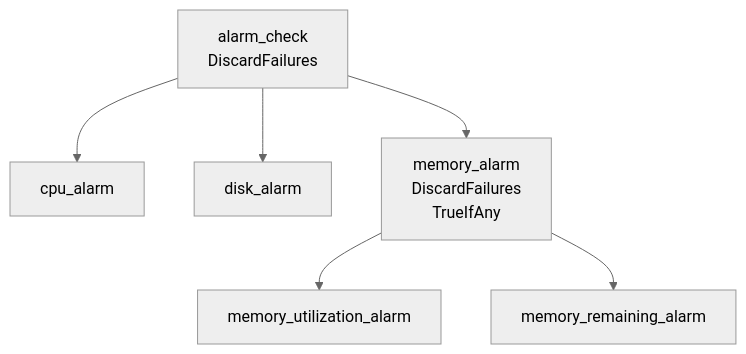
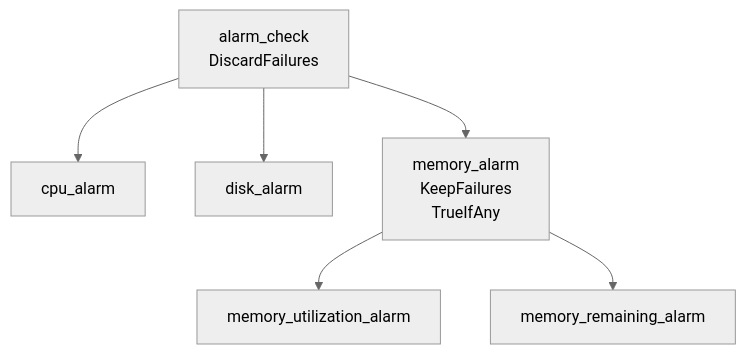
One commit to ezachrisen/indigo changed the fourth of 4 diagrams in guide.md. Above: the diagram before and after it, drawn with Mermaid (neutral theme). The commit also changed other lines of this file, not shown here.

````diff
--- a/guide.md
+++ b/guide.md
@@ -1937,9 +1937,9 @@
 ```mermaid
 graph TD;
 
 alarm_check[alarm_check<br>DiscardFailures] --> cpu_alarm;
 alarm_check --> disk_alarm;
-alarm_check --> memory_alarm[memory_alarm<br>DiscardFailures<br>TrueIfAny];
+alarm_check --> memory_alarm[memory_alarm<br>KeepFailures<br>TrueIfAny];
 memory_alarm --> memory_utilization_alarm;
 memory_alarm --> memory_remaining_alarm;
 ```
````
